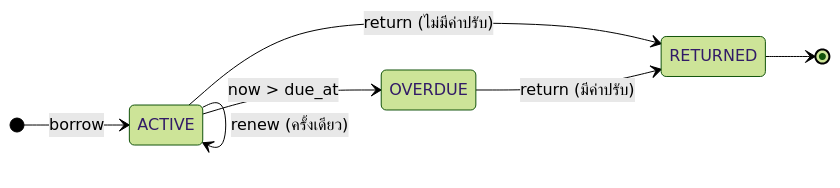
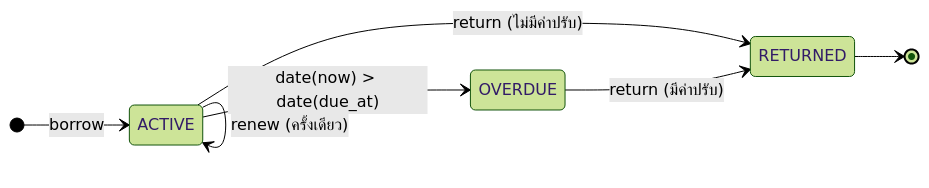
The sixth of 6 diagrams in PROBLEM.md (zachtix/library-api), drawn with Mermaid (forest theme) before and after one commit. The commit also changed other lines of this file and 1 other file, not shown here.

First line of the commit message:
docs(problem): count due dates by calendar day in Asia/Bangkok

````diff
--- a/PROBLEM.md
+++ b/PROBLEM.md
@@ -341,10 +349,10 @@
 ```mermaid
 stateDiagram-v2
     direction LR
     [*] --> ACTIVE: borrow
     ACTIVE --> ACTIVE: renew (ครั้งเดียว)
-    ACTIVE --> OVERDUE: now > due_at
+    ACTIVE --> OVERDUE: date(now) > date(due_at)
     ACTIVE --> RETURNED: return (ไม่มีค่าปรับ)
     OVERDUE --> RETURNED: return (มีค่าปรับ)
     RETURNED --> [*]
 ```
````
